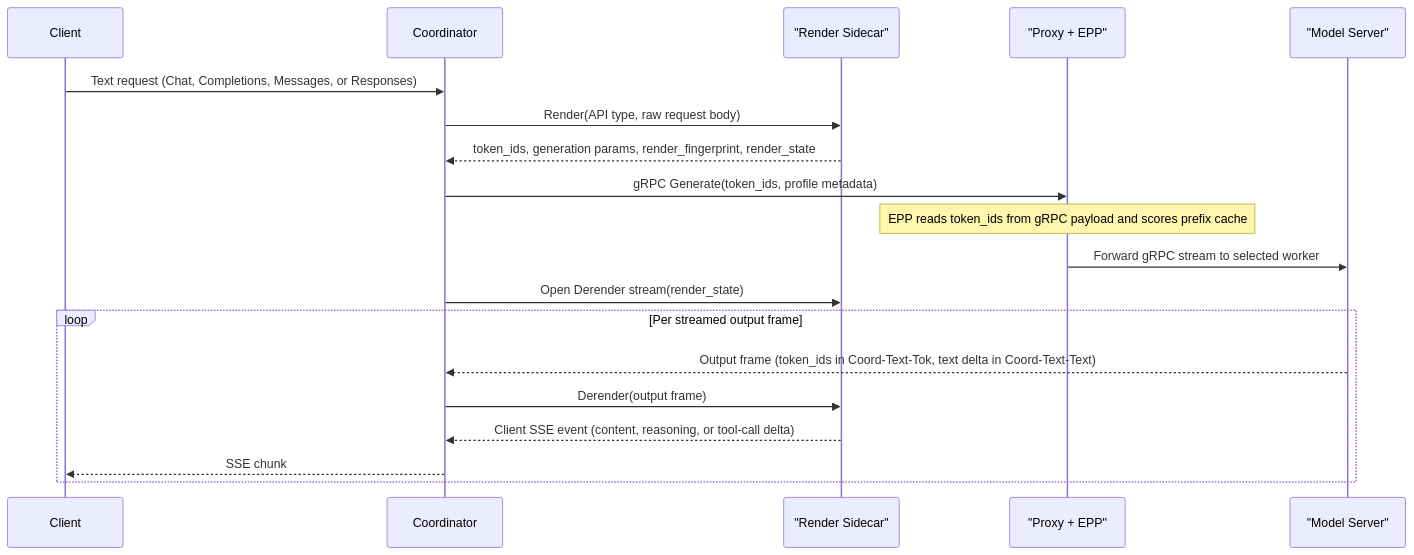
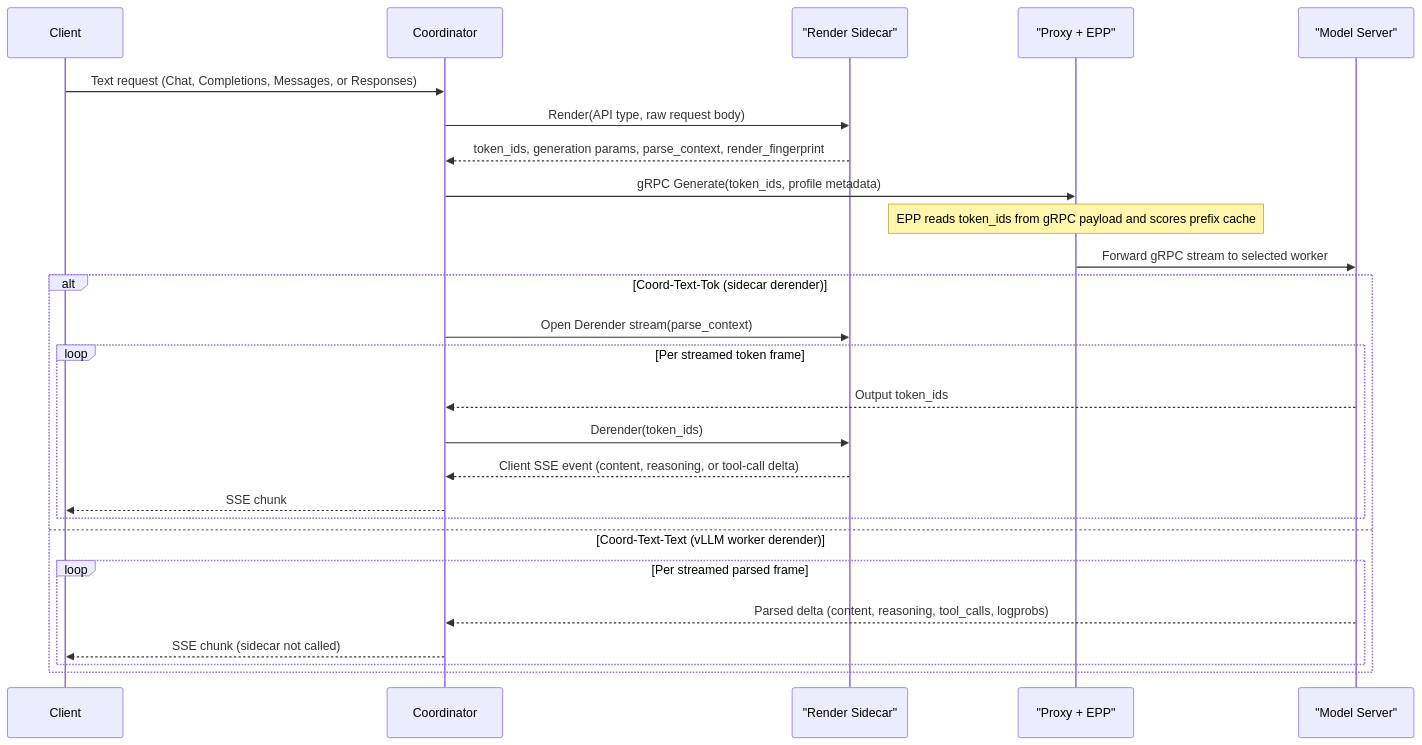
One commit to llm-d/llm-d-router changed the first of 2 diagrams in docs/tokenize-once-at-ingress.md. Above: the diagram before and after it, drawn with Mermaid. The commit also changed other lines of this file, not shown here.

First line of the commit message:
docs: refine frontend boundaries, worker derender, and SGLang scope

````diff
--- a/docs/tokenize-once-at-ingress.md
+++ b/docs/tokenize-once-at-ingress.md
@@ -92,22 +101,29 @@
 ```mermaid
 sequenceDiagram
     participant C as Client
     participant Co as Coordinator
     participant R as "Render Sidecar"
     participant G as "Proxy + EPP"
     participant S as "Model Server"
 
     C->>Co: Text request (Chat, Completions, Messages, or Responses)
     Co->>R: Render(API type, raw request body)
-    R-->>Co: token_ids, generation params, render_fingerprint, render_state
+    R-->>Co: token_ids, generation params, parse_context, render_fingerprint
     Co->>G: gRPC Generate(token_ids, profile metadata)
     Note over G: EPP reads token_ids from gRPC payload and scores prefix cache
     G->>S: Forward gRPC stream to selected worker
-    Co->>R: Open Derender stream(render_state)
-    loop Per streamed output frame
-        S-->>Co: Output frame (token_ids in Coord-Text-Tok, text delta in Coord-Text-Text)
-        Co->>R: Derender(output frame)
-        R-->>Co: Client SSE event (content, reasoning, or tool-call delta)
-        Co-->>C: SSE chunk
+    alt Coord-Text-Tok (sidecar derender)
+        Co->>R: Open Derender stream(parse_context)
+        loop Per streamed token frame
+            S-->>Co: Output token_ids
+            Co->>R: Derender(token_ids)
+            R-->>Co: Client SSE event (content, reasoning, or tool-call delta)
+            Co-->>C: SSE chunk
+        end
+    else Coord-Text-Text (vLLM worker derender)
+        loop Per streamed parsed frame
+            S-->>Co: Parsed delta (content, reasoning, tool_calls, logprobs)
+            Co-->>C: SSE chunk (sidecar not called)
+        end
     end
 ```
````
